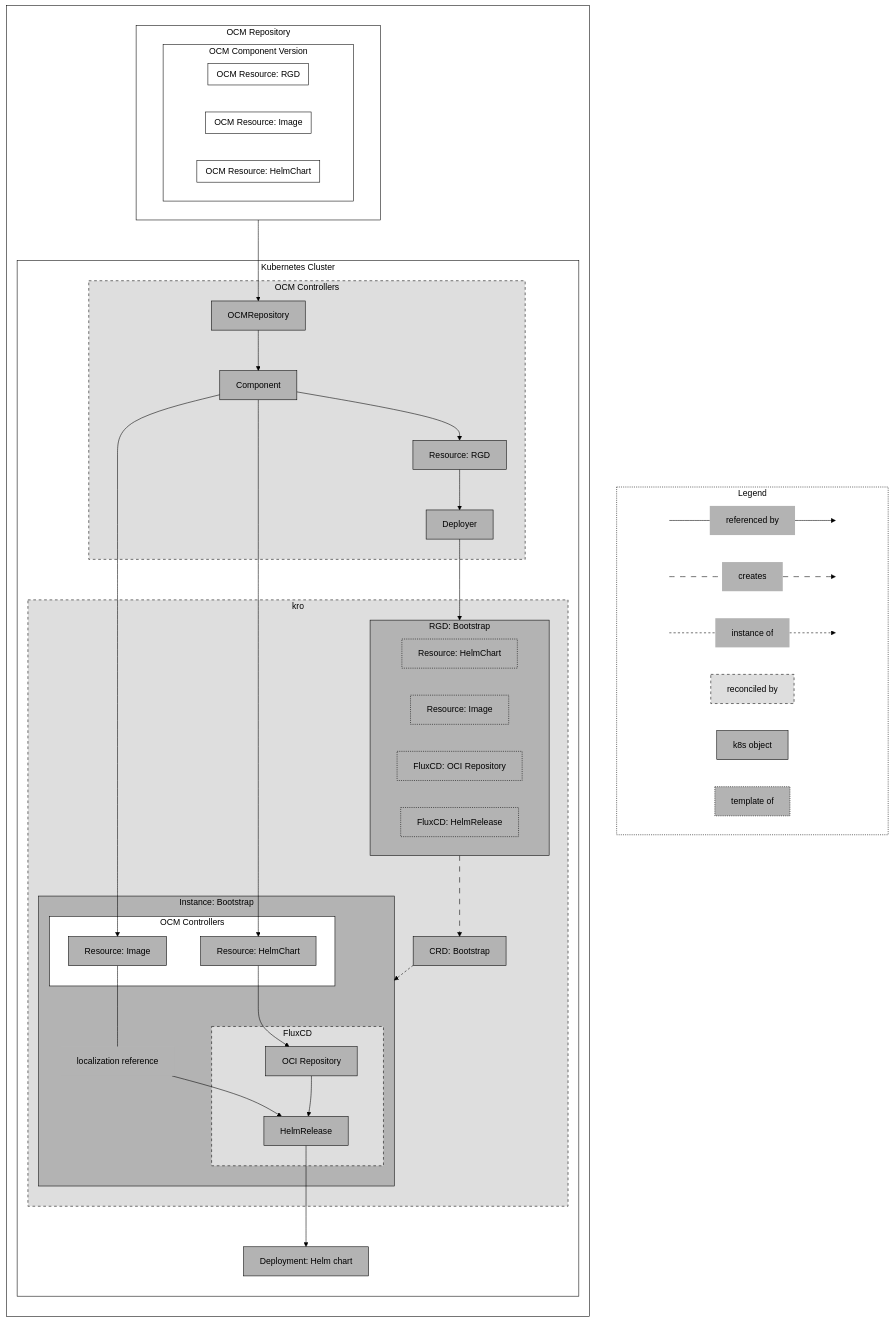
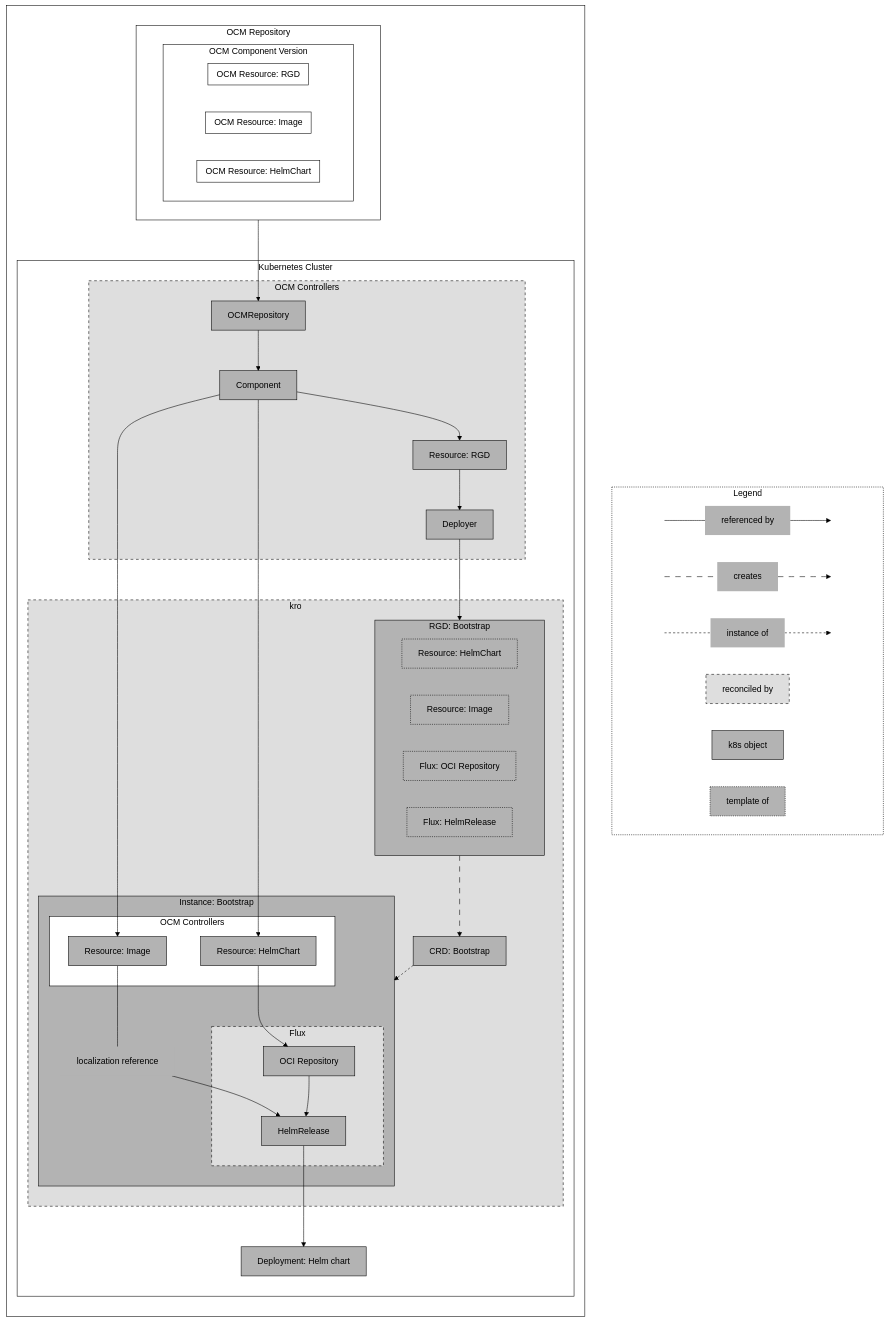
The diagram in content/docs/tutorials/deploy-helm-chart-bootstrap.md (open-component-model/ocm-website), drawn with Mermaid before and after one commit. The commit also changed other lines of this file and 23 other files, not shown here.

```diff
--- a/content/docs/tutorials/deploy-helm-chart-bootstrap.md
+++ b/content/docs/tutorials/deploy-helm-chart-bootstrap.md
@@ -89,8 +89,8 @@
                 subgraph rgd[RGD: Bootstrap]
                     rgdResourceHelm[Resource: HelmChart]
                     rgdResourceImage[Resource: Image]
-                    rgdSource[FluxCD: OCI Repository]
-                    rgdHelmRelease[FluxCD: HelmRelease]
+                    rgdSource[Flux: OCI Repository]
+                    rgdHelmRelease[Flux: HelmRelease]
                 end
                 crdBootstrap[CRD: Bootstrap]
                 subgraph instanceBootstrap[Instance: Bootstrap]
@@ -98,7 +98,7 @@
                         k8sResourceHelm[Resource: HelmChart]
                         k8sResourceImage[Resource: Image]
                     end
-                    subgraph fluxCD[FluxCD]
+                    subgraph flux[Flux]
                         source[OCI Repository]
                         helmRelease[HelmRelease]
                     end
@@ -121,7 +121,7 @@
     class references,creates,instanceOf legendItems;
     class templateOf,rgdResourceHelm,rgdResourceImage,rgdSource,rgdHelmRelease templateOf;
     class info information;
-    class reconciledBy,ocmK8sToolkit,bootstrap,fluxCD,kro reconciledBy;
+    class reconciledBy,ocmK8sToolkit,bootstrap,flux,kro reconciledBy;
     class k8sObject,rgd,k8sRepo,k8sComponent,k8sResourceRGD,k8sDeployer,k8sResourceHelm,k8sResourceImage,source,helmRelease,deployment,crdBootstrap,instanceBootstrap k8sObject;
     class ocmRepo,ocmCV,ocmResourceHelm,ocmResourceRGD,ocmResourceImage ocm;
     class k8sCluster cluster;
```
